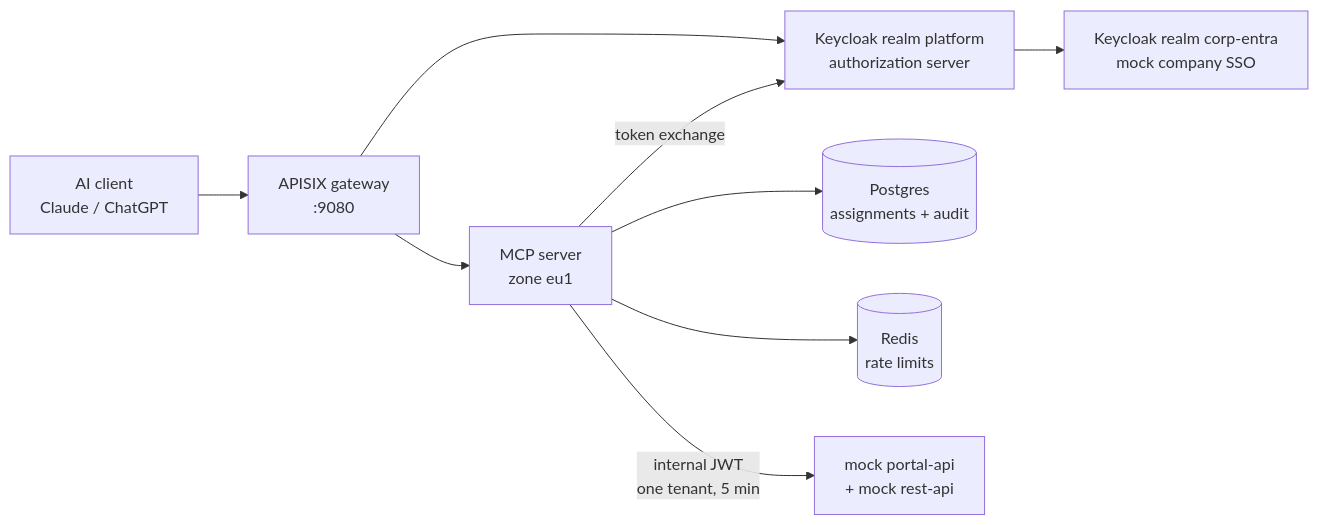
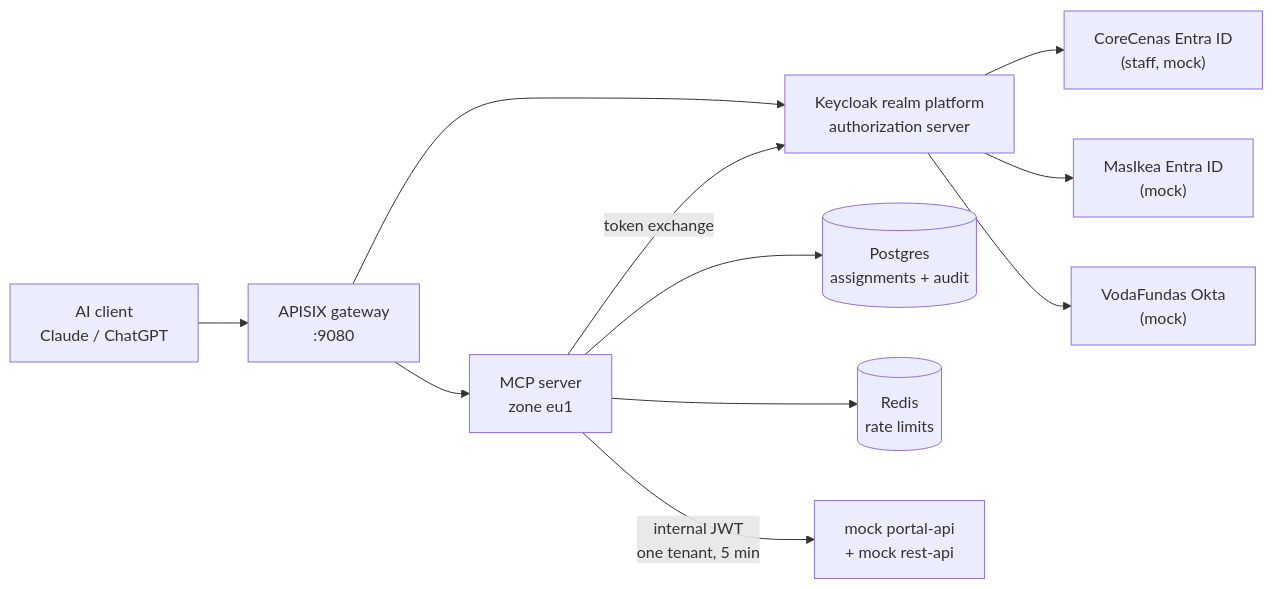
One commit to jricardooliveira/mcp-keycloak-apisix changed the first of 5 diagrams in README.md. Above: the diagram before and after it, drawn with Mermaid. The commit also changed other lines of this file and 15 other files, not shown here.

First line of the commit message:
CoreCenas, MasIkea and VodaFundas with one mock SSO per company

````diff
--- a/README.md
+++ b/README.md
@@ -28,11 +31,13 @@
 ```mermaid
 flowchart LR
   C["AI client<br/>Claude / ChatGPT"] --> G["APISIX gateway<br/>:9080"]
   G --> M["MCP server<br/>zone eu1"]
   G --> K["Keycloak realm platform<br/>authorization server"]
-  K --> E["Keycloak realm corp-entra<br/>mock company SSO"]
+  K --> E1["CoreCenas Entra ID<br/>(staff, mock)"]
+  K --> E2["MasIkea Entra ID<br/>(mock)"]
+  K --> E3["VodaFundas Okta<br/>(mock)"]
   M --> S[("Postgres<br/>assignments + audit")]
   M --> R[("Redis<br/>rate limits")]
   M -- "token exchange" --> K
   M -- "internal JWT<br/>one tenant, 5 min" --> B["mock portal-api<br/>+ mock rest-api"]
 ```
````
